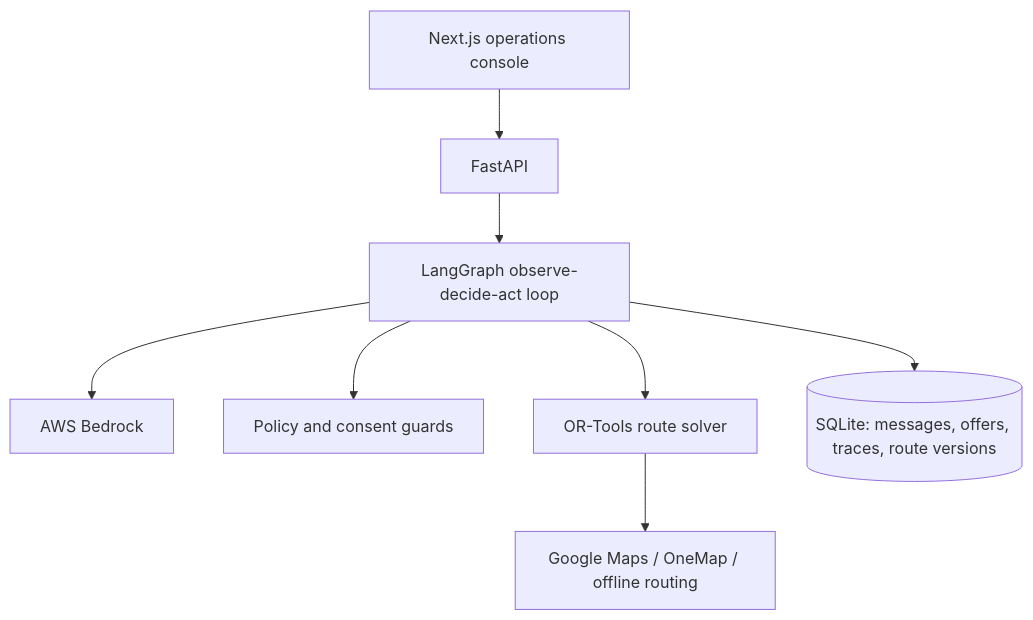
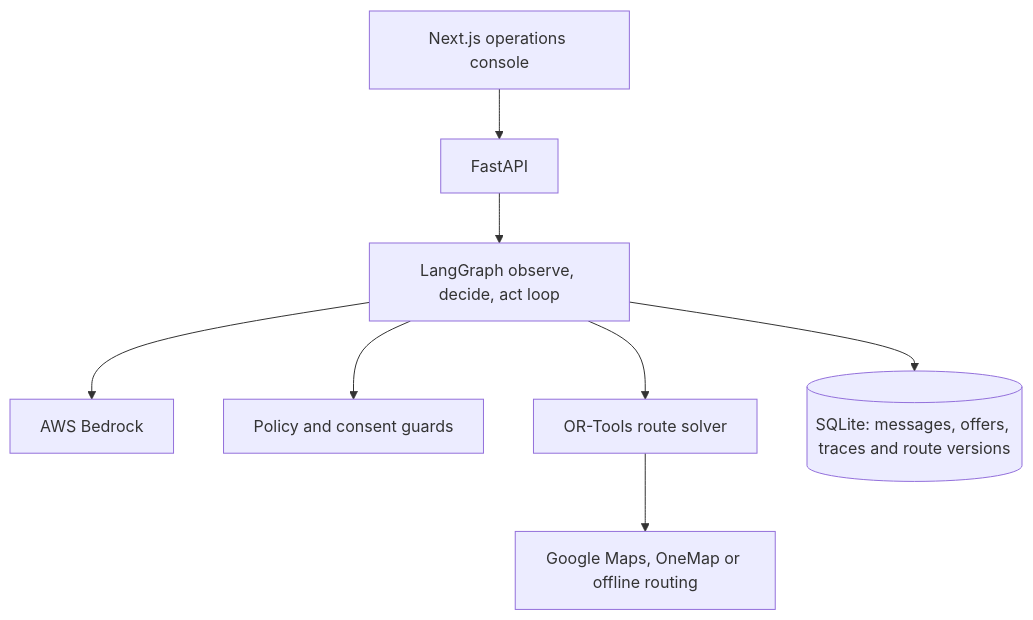
Before and after one commit to Stephensaleh1601/Delivery-Schedule-Agent: the second of 2 diagrams in README.md, drawn with Mermaid. The commit also changed other lines of this file and 12 other files, not shown here.

````diff
--- a/README.md
+++ b/README.md
@@ -75,10 +100,10 @@
 ```mermaid
 flowchart TB
     UI[Next.js operations console] --> API[FastAPI]
-    API --> G[LangGraph observe-decide-act loop]
+    API --> G[LangGraph observe, decide, act loop]
     G --> B[AWS Bedrock]
     G --> P[Policy and consent guards]
     G --> O[OR-Tools route solver]
-    O --> R[Google Maps / OneMap / offline routing]
-    G --> DB[(SQLite: messages, offers, traces, route versions)]
+    O --> R[Google Maps, OneMap or offline routing]
+    G --> DB[(SQLite: messages, offers, traces and route versions)]
 ```
````
